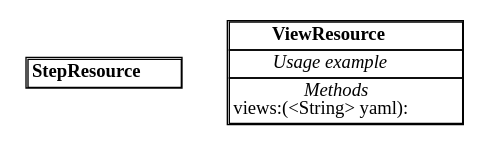
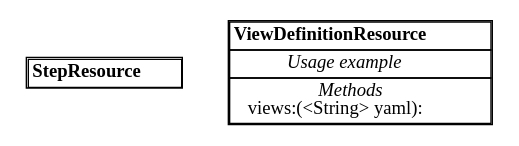
The diagram in class-diagram-api.dot (KaotoIO/kaoto-backend), drawn with Graphviz before and after one commit. The commit also changed 2 other files, not shown here.

```diff
--- a/class-diagram-api.dot
+++ b/class-diagram-api.dot
@@ -1,29 +1,29 @@
 digraph ClassDiagram {
 	node [shape=plaintext]
 	edge [arrowhead=empty];
 
 "StepResource" [ label = <<TABLE CELLSPACING="0">
 	<TR><TD><B>StepResource</B></TD></TR>
 	
 </TABLE>>]
 
 
-"ViewResource" [ label = <<TABLE CELLSPACING="0">
-	<TR><TD><B>ViewResource</B></TD></TR>
+"ViewDefinitionResource" [ label = <<TABLE CELLSPACING="0">
+	<TR><TD><B>ViewDefinitionResource</B></TD></TR>
 	<TR><TD><I>Usage example</I><BR/>
 
 </TD></TR>
 
 <TR><TD><I>Methods</I><BR/>
 views:(&lt;String&gt; yaml):
 <BR align="left" />
 
 </TD></TR>
 
 
 </TABLE>>]
 
 
 
 
 }
```
